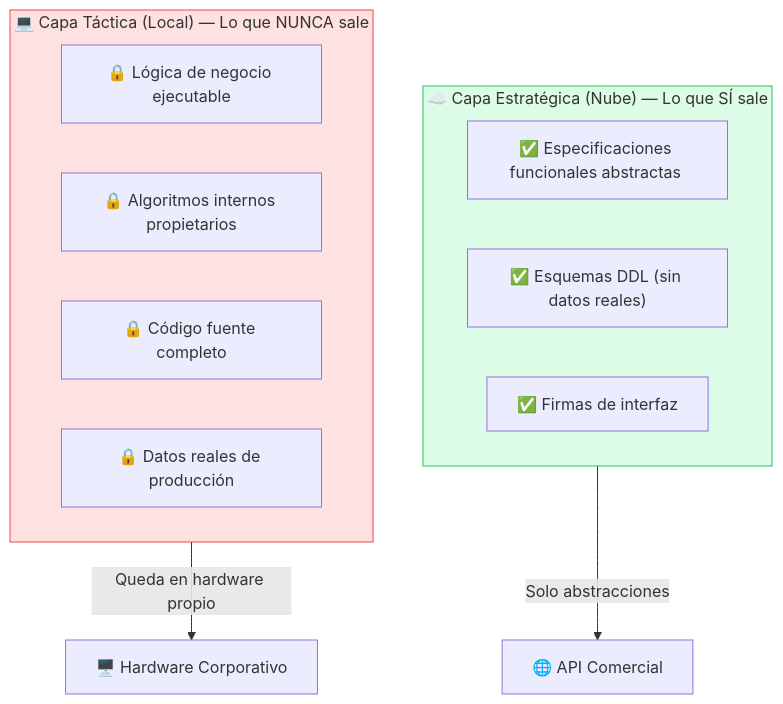
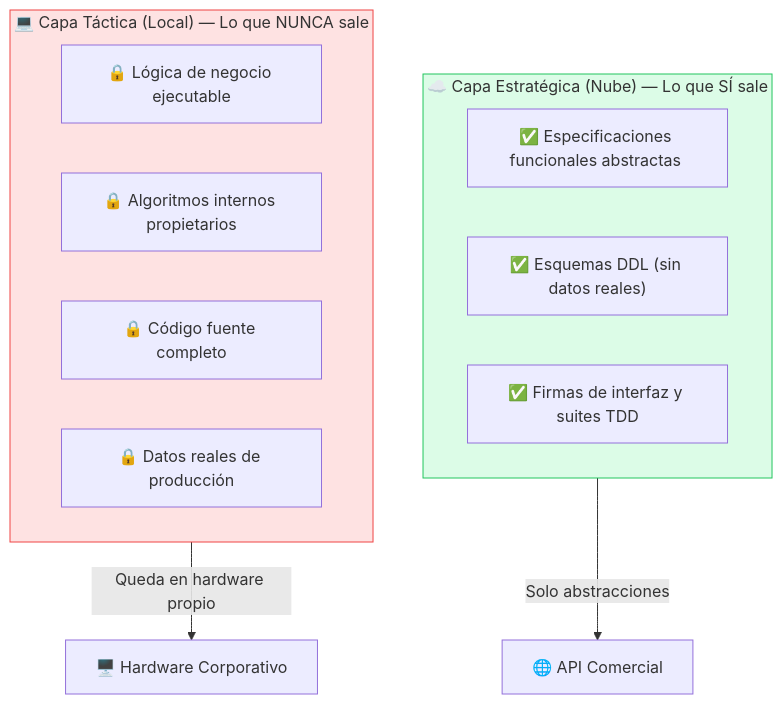
Before and after one commit to brunoguzman-dev/H-AXP: the first of 2 diagrams in docs/09-etica-propiedad-intelectual.md, drawn with Mermaid. The commit also changed other lines of this file and 20 other files, not shown here.

````diff
--- a/docs/09-etica-propiedad-intelectual.md
+++ b/docs/09-etica-propiedad-intelectual.md
@@ -13,21 +13,21 @@
 ```mermaid
 graph TB
     subgraph NUBE["☁️ Capa Estratégica (Nube) — Lo que SÍ sale"]
         N1["✅ Especificaciones funcionales abstractas <UserStory>"]
         N2["✅ Esquemas DDL (sin datos reales)"]
-        N3["✅ Firmas de interfaz"]
+        N3["✅ Firmas de interfaz y suites TDD"]
     end
 
     subgraph LOCAL["💻 Capa Táctica (Local) — Lo que NUNCA sale"]
         L1["🔒 Lógica de negocio ejecutable"]
         L2["🔒 Algoritmos internos propietarios"]
         L3["🔒 Código fuente completo"]
         L4["🔒 Datos reales de producción"]
     end
 
     NUBE -->|"Solo abstracciones"| API["🌐 API Comercial"]
     LOCAL -->|"Queda en hardware propio"| HW["🖥️ Hardware Corporativo"]
 
     style NUBE fill:#dcfce7,stroke:#22c55e
     style LOCAL fill:#fee2e2,stroke:#ef4444
 ```
````
